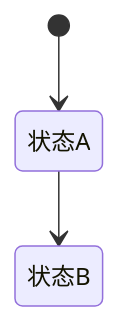
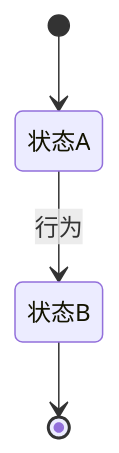
One commit to oleewen/ai-master changed the fifth of 7 diagrams in .cursor/rules/design/design-template.mdc. Above: the diagram before and after it, drawn with Mermaid. The commit also changed other lines of this file, not shown here.

Commit message:
docs(rules): 更新详设文档模板，新增术语定义及业务流程、活动、任务的详细描述，优化API能力定义和时序图，提升文档的清晰度和一致性

````diff
--- a/.cursor/rules/design/design-template.mdc
+++ b/.cursor/rules/design/design-template.mdc
@@ -114,5 +130,6 @@
 ```mermaid
 stateDiagram-v2
     [*] --> 状态A
-    状态A --> 状态B
+    状态A --> 状态B : 行为
+    状态B --> [*]
 ```
````
